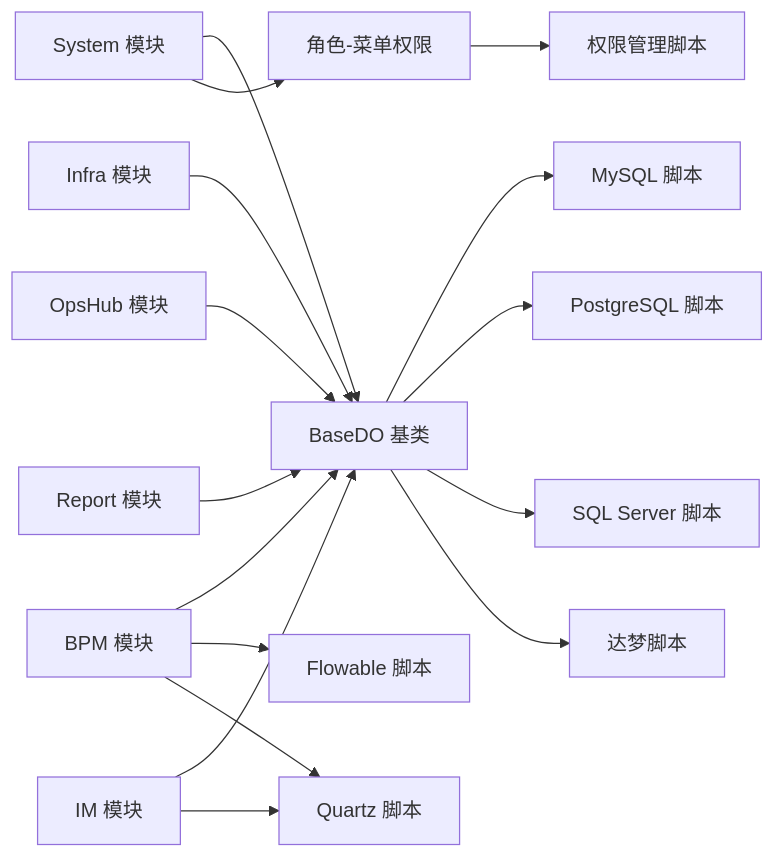
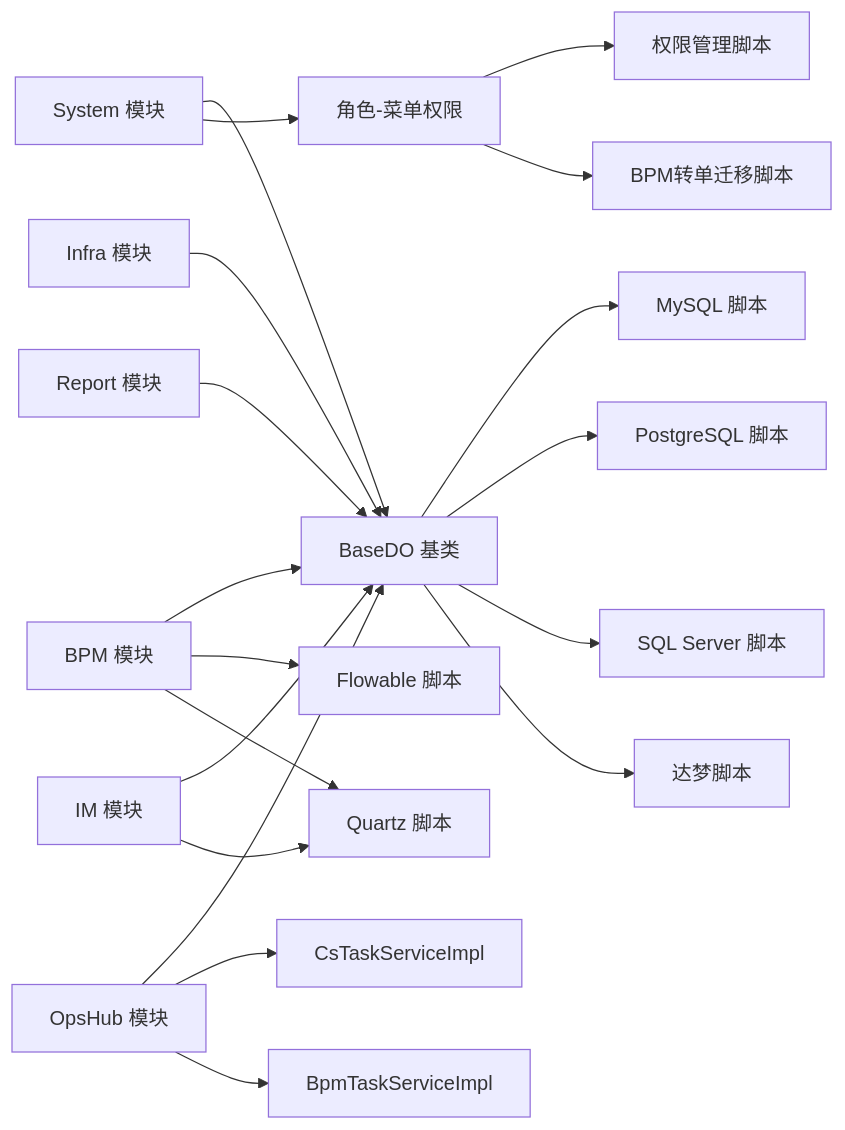
Before and after one commit to xiaoche80s-tech/rouyi-vue-pro: the ninth of 9 diagrams in .qoder/repowiki/zh/content/数据库设计/数据库设计.md, drawn with Mermaid. The commit also changed other lines of this file and 977 other files, not shown here.

````diff
--- a/.qoder/repowiki/zh/content/数据库设计/数据库设计.md
+++ b/.qoder/repowiki/zh/content/数据库设计/数据库设计.md
@@ -622,18 +713,21 @@
 ```mermaid
 graph LR
 SYS["System 模块"] --> BASE["BaseDO 基类"]
 SYS --> ROLE_MENU["角色-菜单权限"]
 BPM["BPM 模块"] --> BASE
 IM["IM 模块"] --> BASE
 INF["Infra 模块"] --> BASE
 OPS["OpsHub 模块"] --> BASE
 REP["Report 模块"] --> BASE
 BASE --> MYSQL["MySQL 脚本"]
 BASE --> PG["PostgreSQL 脚本"]
 BASE --> MSSQL["SQL Server 脚本"]
 BASE --> DM["达梦脚本"]
 ROLE_MENU --> PG_SCRIPT["权限管理脚本"]
+ROLE_MENU --> MIGRATION_SCRIPT["BPM转单迁移脚本"]
 BPM --> FLOWABLE["Flowable 脚本"]
 BPM --> QUARTZ["Quartz 脚本"]
 IM --> QUARTZ
+OPS --> CS_TASK_SERVICE["CsTaskServiceImpl"]
+OPS --> BPM_TASK_SERVICE["BpmTaskServiceImpl"]
 ```
````
